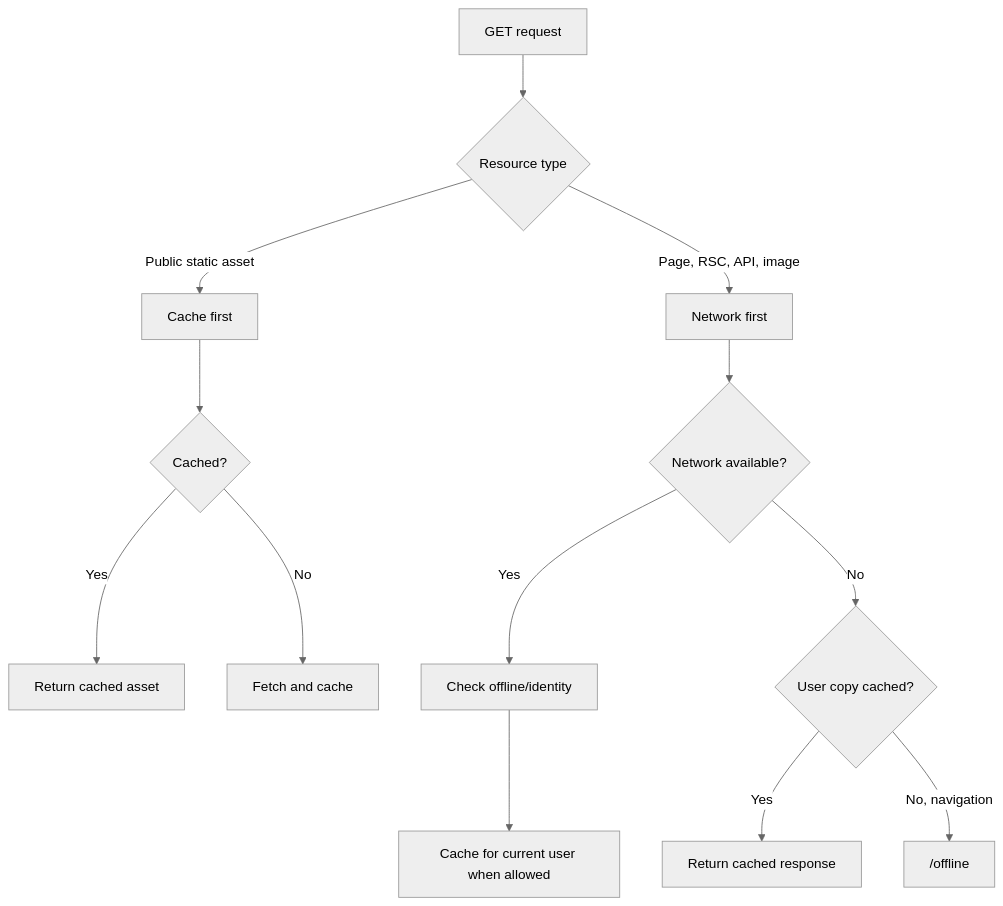
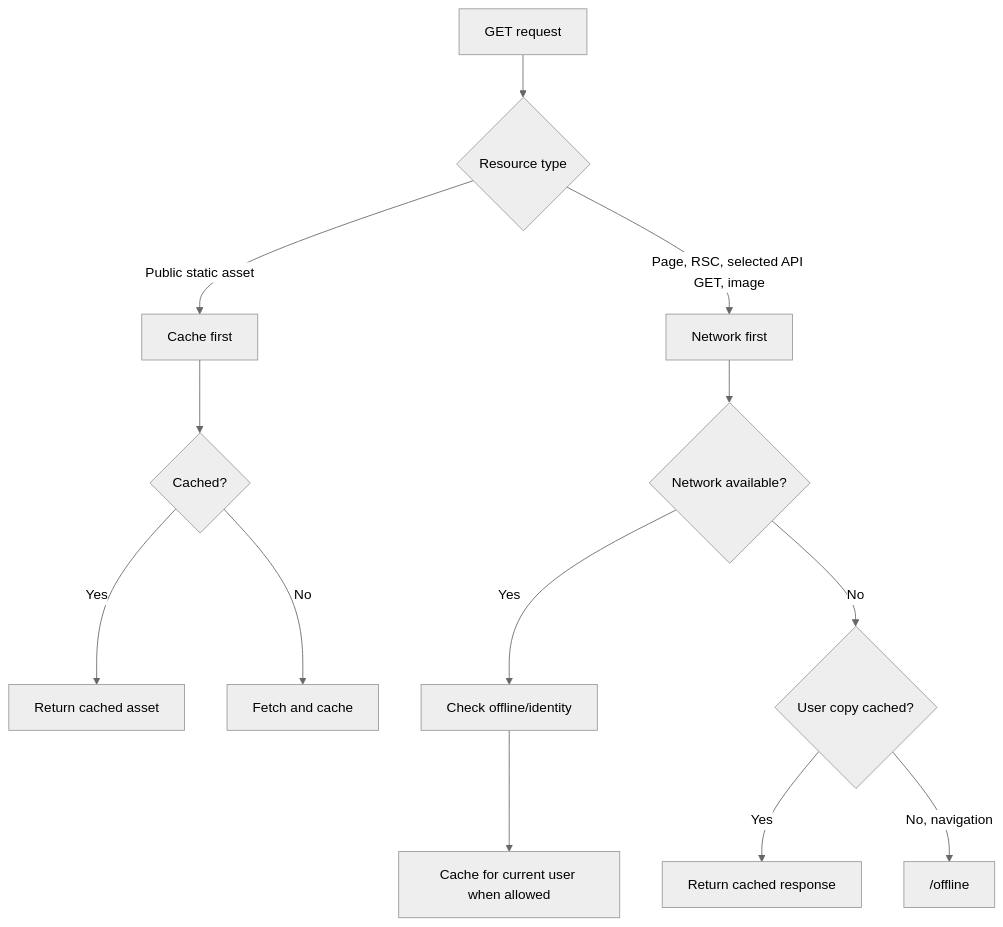
The fourth of 4 diagrams in docs/DATA-AND-WORKFLOWS.md (danikas2k2/rusys), drawn with Mermaid (neutral theme) before and after one commit. The commit also changed other lines of this file and 16 other files, not shown here.

````diff
--- a/docs/DATA-AND-WORKFLOWS.md
+++ b/docs/DATA-AND-WORKFLOWS.md
@@ -173,15 +166,15 @@
 ```mermaid
 flowchart TD
     Request[GET request] --> Kind{Resource type}
     Kind -->|Public static asset| Public[Cache first]
     Public --> PublicHit{Cached?}
     PublicHit -->|Yes| CachedPublic[Return cached asset]
     PublicHit -->|No| FetchPublic[Fetch and cache]
-    Kind -->|Page, RSC, API, image| Private[Network first]
+    Kind -->|Page, RSC, selected API GET, image| Private[Network first]
     Private --> Online{Network available?}
     Online -->|Yes| Identity[Check offline/identity]
     Identity --> UserCache[Cache for current user when allowed]
     Online -->|No| CacheHit{User copy cached?}
     CacheHit -->|Yes| CachedUser[Return cached response]
     CacheHit -->|No, navigation| Offline["/offline"]
 ```
````
